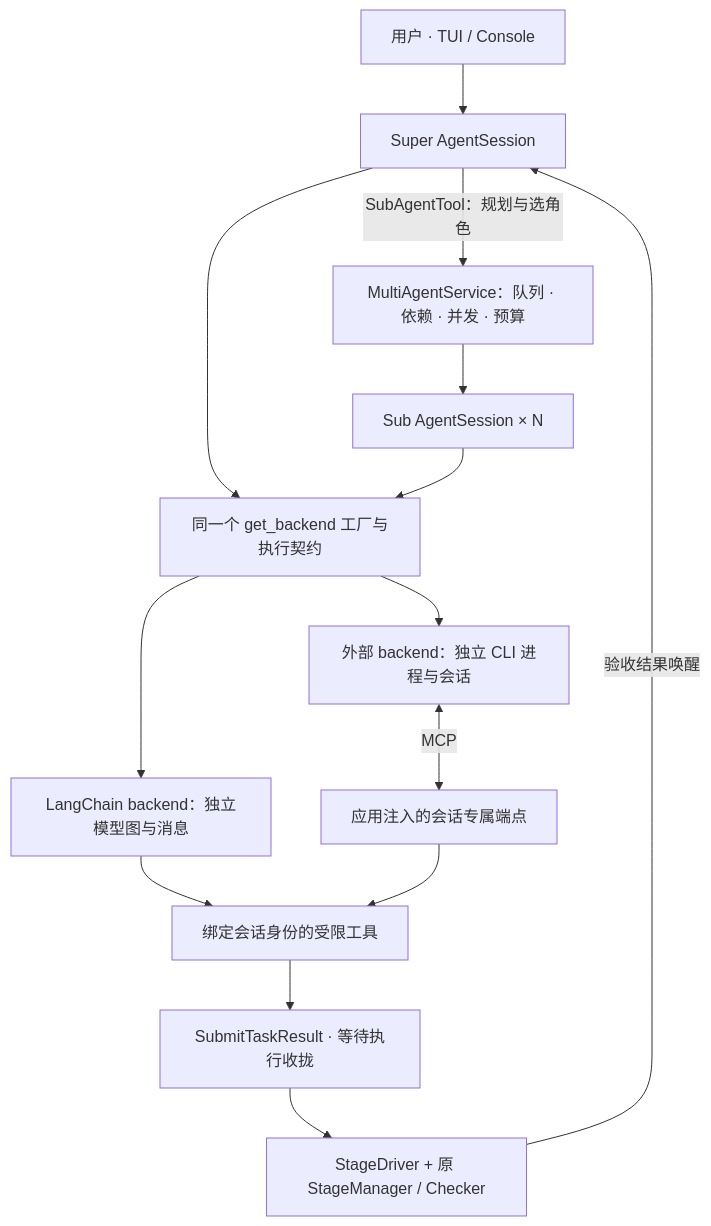
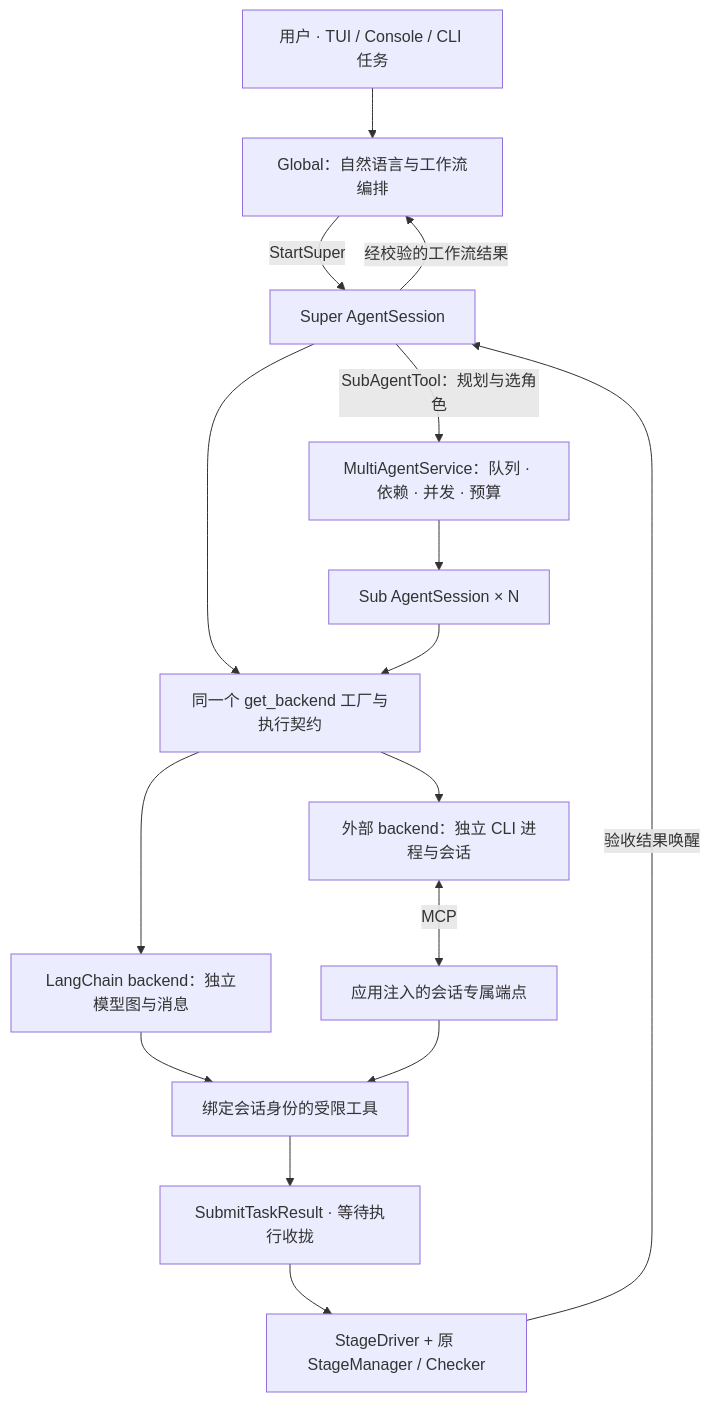
One commit to XS-MLVP/UCAgent changed the diagram in docs/content/02_usage/11_multi_agent.md. Above: the diagram before and after it, drawn with Mermaid. The commit also changed other lines of this file and 65 other files, not shown here.

````diff
--- a/docs/content/02_usage/11_multi_agent.md
+++ b/docs/content/02_usage/11_multi_agent.md
@@ -33,16 +41,18 @@
 ```mermaid
 flowchart TB
-    U[用户 · TUI / Console] --> S[Super AgentSession]
+    U[用户 · TUI / Console / CLI 任务] --> A[Global：自然语言与工作流编排]
+    A -->|StartSuper| S[Super AgentSession]
+    S -->|经校验的工作流结果| A
     S -->|SubAgentTool：规划与选角色| Q[MultiAgentService：队列 · 依赖 · 并发 · 预算]
     Q --> W[Sub AgentSession × N]
     S --> F[同一个 get_backend 工厂与执行契约]
     W --> F
     F --> L[LangChain backend：独立模型图与消息]
     F --> C[外部 backend：独立 CLI 进程与会话]
     L --> T[绑定会话身份的受限工具]
     C <-->|MCP| E[应用注入的会话专属端点]
     E --> T
     T --> R[SubmitTaskResult · 等待执行收拢]
     R --> G[StageDriver + 原 StageManager / Checker]
     G -->|验收结果唤醒| S
 ```
````
